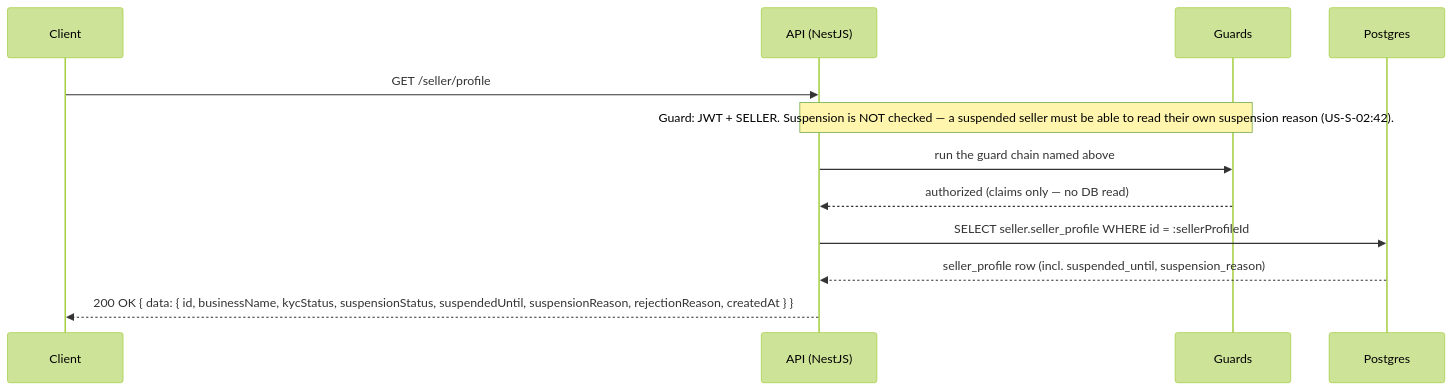
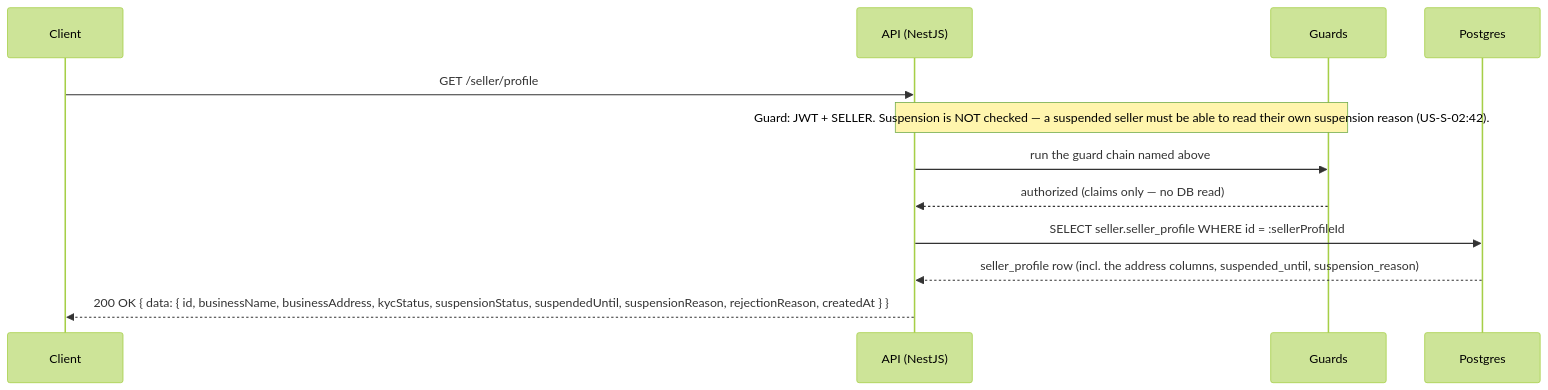
One commit to alisa-uthi/aliceut-ecom-document changed the third of 23 diagrams in phase-1/technical-design/api-design/seller.md. Above: the diagram before and after it, drawn with Mermaid (forest theme). The commit also changed other lines of this file and 2 other files, not shown here.

First line of the commit message:
docs(adr): ADR-0009 GET /seller/profile returns the business address

````diff
--- a/phase-1/technical-design/api-design/seller.md
+++ b/phase-1/technical-design/api-design/seller.md
@@ -405,17 +415,17 @@
 ```mermaid
 sequenceDiagram
     participant C as Client
     participant A as API (NestJS)
     participant G as Guards
     participant P as Postgres
 
     C->>A: GET /seller/profile
     Note over A,G: Guard: JWT + SELLER. Suspension is NOT checked — a suspended seller must be able to read their own suspension reason (US-S-02:42).
     A->>G: run the guard chain named above
     G-->>A: authorized (claims only — no DB read)
 
     A->>P: SELECT seller.seller_profile WHERE id = :sellerProfileId
-    P-->>A: seller_profile row (incl. suspended_until, suspension_reason)
+    P-->>A: seller_profile row (incl. the address columns, suspended_until, suspension_reason)
 
-    A-->>C: 200 OK { data: { id, businessName, kycStatus, suspensionStatus, suspendedUntil, suspensionReason, rejectionReason, createdAt } }
+    A-->>C: 200 OK { data: { id, businessName, businessAddress, kycStatus, suspensionStatus, suspendedUntil, suspensionReason, rejectionReason, createdAt } }
 ```
````
